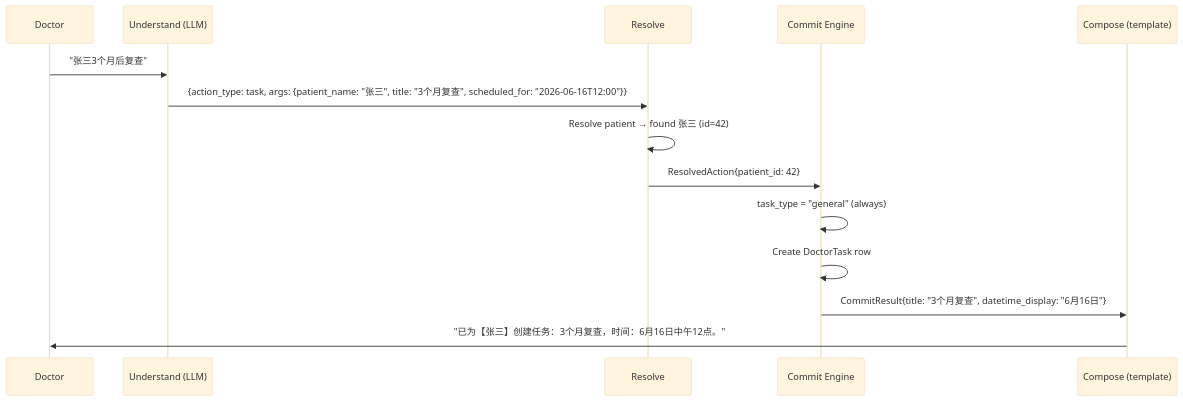
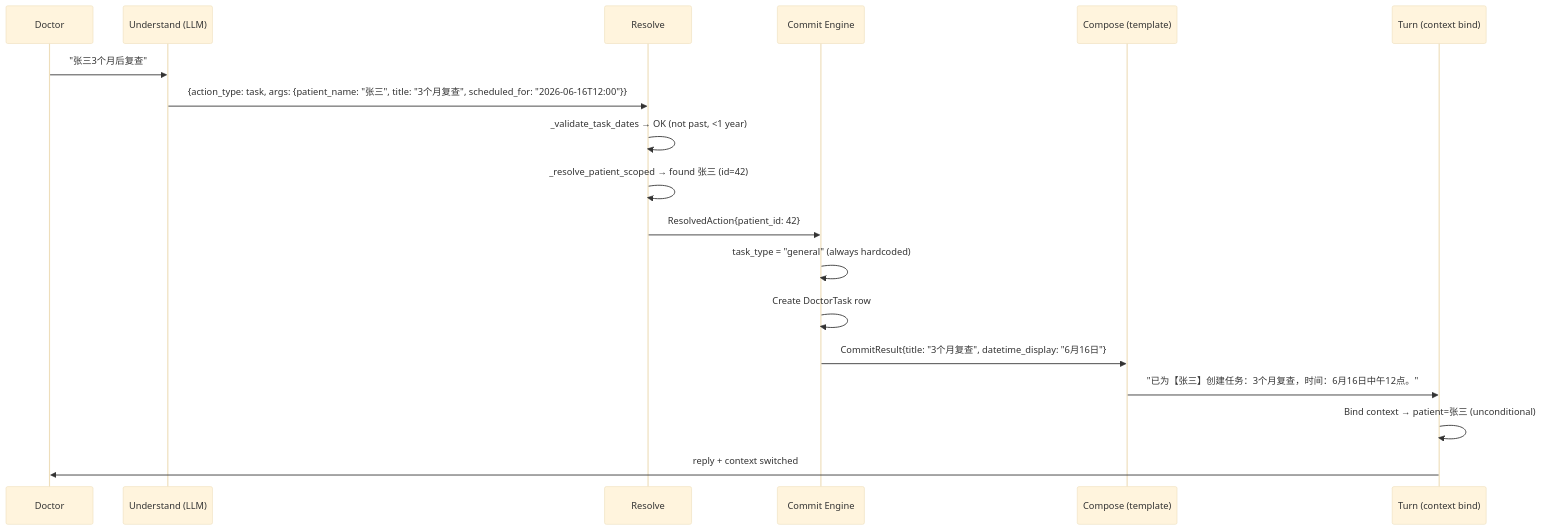
One commit to moments8890/doctor-ai-agent changed the seventh of 11 diagrams in docs/adr/0013-architecture-diagram.md. Above: the diagram before and after it, drawn with Mermaid (base theme). The commit also changed other lines of this file, not shown here.

First line of the commit message:
docs: rewrite ADR 0013 diagrams to match ADR decisions

````diff
--- a/docs/adr/0013-architecture-diagram.md
+++ b/docs/adr/0013-architecture-diagram.md
@@ -174,17 +203,21 @@
 ```mermaid
 sequenceDiagram
     participant D as Doctor
     participant U as Understand (LLM)
     participant R as Resolve
     participant CE as Commit Engine
     participant Co as Compose (template)
+    participant T as Turn (context bind)
 
     D->>U: "张三3个月后复查"
     U->>R: {action_type: task, args: {patient_name: "张三", title: "3个月复查", scheduled_for: "2026-06-16T12:00"}}
-    R->>R: Resolve patient → found 张三 (id=42)
+    R->>R: _validate_task_dates → OK (not past, <1 year)
+    R->>R: _resolve_patient_scoped → found 张三 (id=42)
     R->>CE: ResolvedAction{patient_id: 42}
-    CE->>CE: task_type = "general" (always)
+    CE->>CE: task_type = "general" (always hardcoded)
     CE->>CE: Create DoctorTask row
     CE->>Co: CommitResult{title: "3个月复查", datetime_display: "6月16日"}
-    Co->>D: "已为【张三】创建任务：3个月复查，时间：6月16日中午12点。"
+    Co->>T: "已为【张三】创建任务：3个月复查，时间：6月16日中午12点。"
+    T->>T: Bind context → patient=张三 (unconditional)
+    T->>D: reply + context switched
 ```
````
